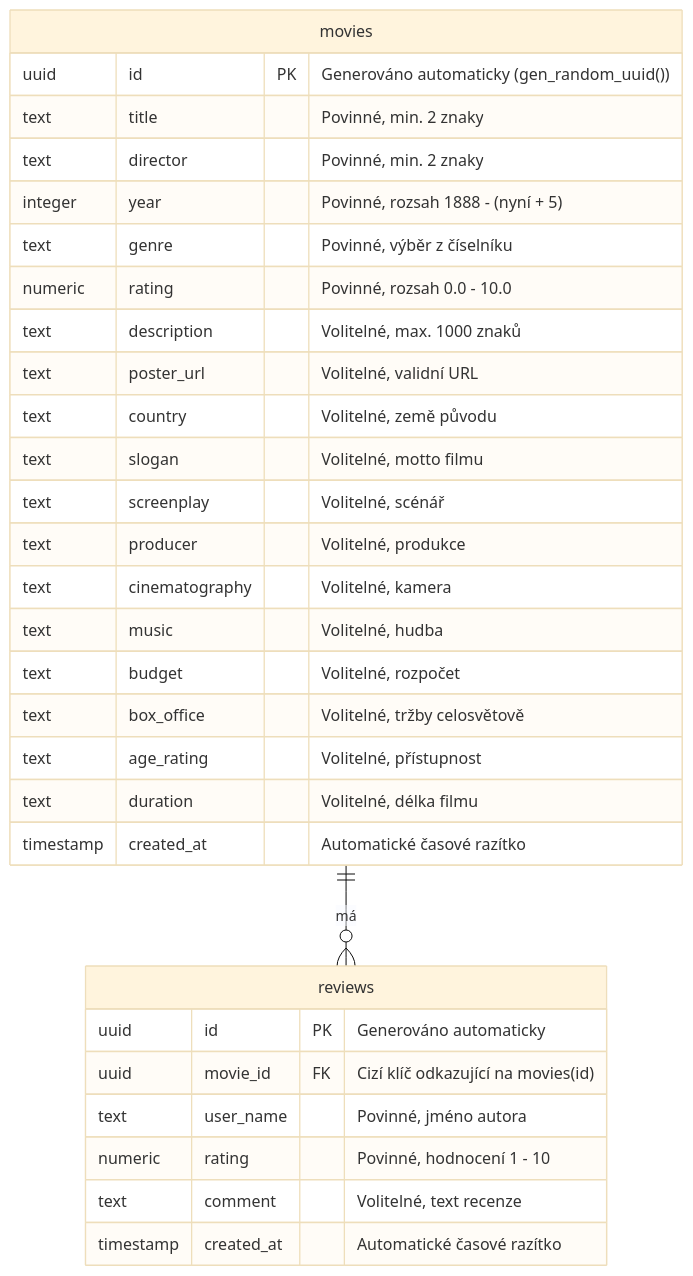
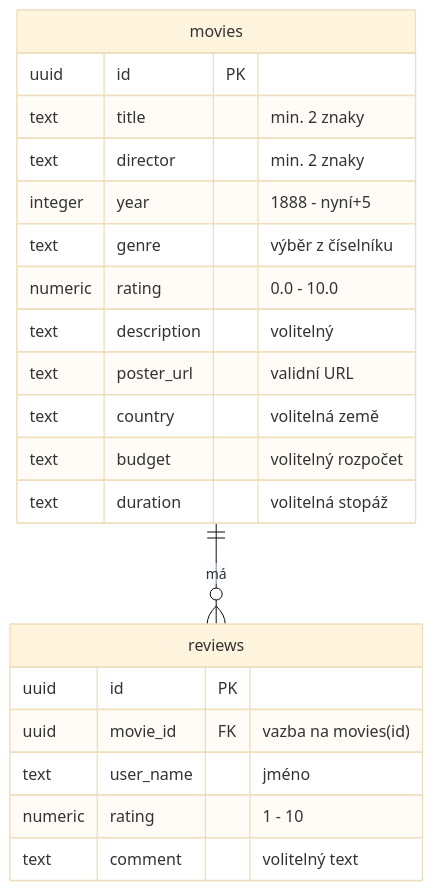
The first of 2 diagrams in CineVault_Dokumentace.md (Volod1aPV/cinevault), drawn with Mermaid (base theme) before and after one commit. The commit also changed other lines of this file, not shown here.

````diff
--- a/CineVault_Dokumentace.md
+++ b/CineVault_Dokumentace.md
@@ -131,33 +98,24 @@
 ```mermaid
 erDiagram
     movies ||--o{ reviews : "má"
     movies {
-        uuid id PK "Generováno automaticky (gen_random_uuid())"
-        text title "Povinné, min. 2 znaky"
-        text director "Povinné, min. 2 znaky"
-        integer year "Povinné, rozsah 1888 - (nyní + 5)"
-        text genre "Povinné, výběr z číselníku"
-        numeric rating "Povinné, rozsah 0.0 - 10.0"
-        text description "Volitelné, max. 1000 znaků"
-        text poster_url "Volitelné, validní URL"
-        text country "Volitelné, země původu"
-        text slogan "Volitelné, motto filmu"
-        text screenplay "Volitelné, scénář"
-        text producer "Volitelné, produkce"
-        text cinematography "Volitelné, kamera"
-        text music "Volitelné, hudba"
-        text budget "Volitelné, rozpočet"
-        text box_office "Volitelné, tržby celosvětově"
-        text age_rating "Volitelné, přístupnost"
-        text duration "Volitelné, délka filmu"
-        timestamp created_at "Automatické časové razítko"
+        uuid id PK
+        text title "min. 2 znaky"
+        text director "min. 2 znaky"
+        integer year "1888 - nyní+5"
+        text genre "výběr z číselníku"
+        numeric rating "0.0 - 10.0"
+        text description "volitelný"
+        text poster_url "validní URL"
+        text country "volitelná země"
+        text budget "volitelný rozpočet"
+        text duration "volitelná stopáž"
     }
     reviews {
-        uuid id PK "Generováno automaticky"
-        uuid movie_id FK "Cizí klíč odkazující na movies(id)"
-        text user_name "Povinné, jméno autora"
-        numeric rating "Povinné, hodnocení 1 - 10"
-        text comment "Volitelné, text recenze"
-        timestamp created_at "Automatické časové razítko"
+        uuid id PK
+        uuid movie_id FK "vazba na movies(id)"
+        text user_name "jméno"
+        numeric rating "1 - 10"
+        text comment "volitelný text"
     }
 ```
````
